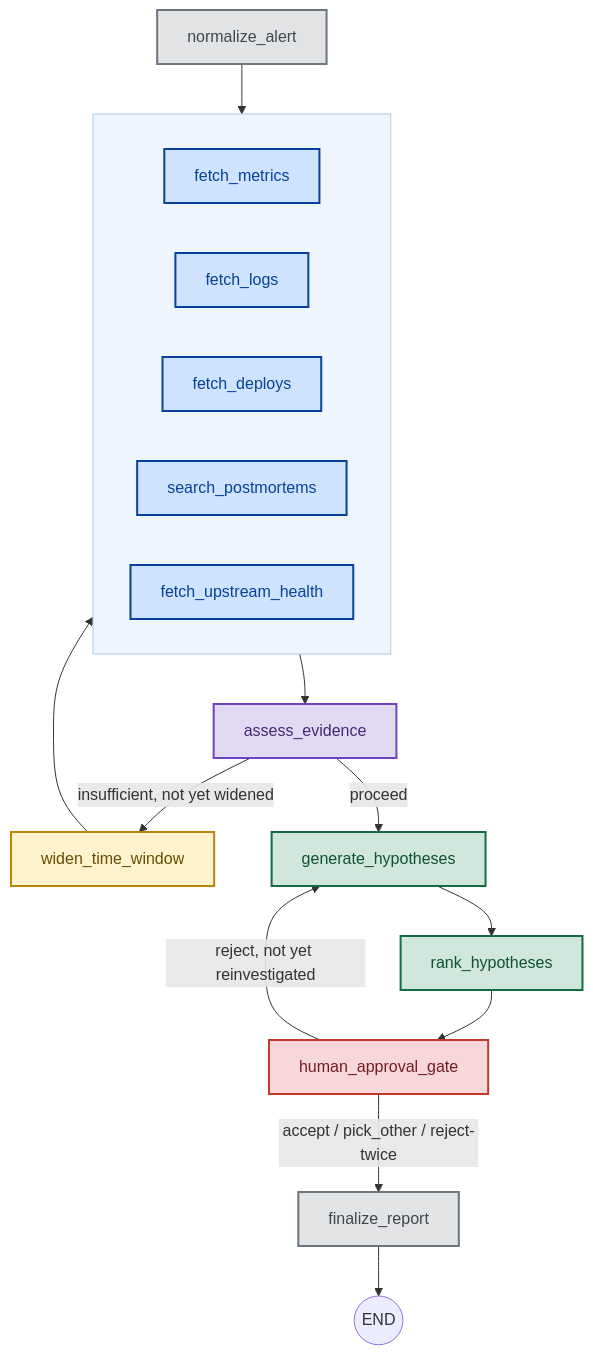
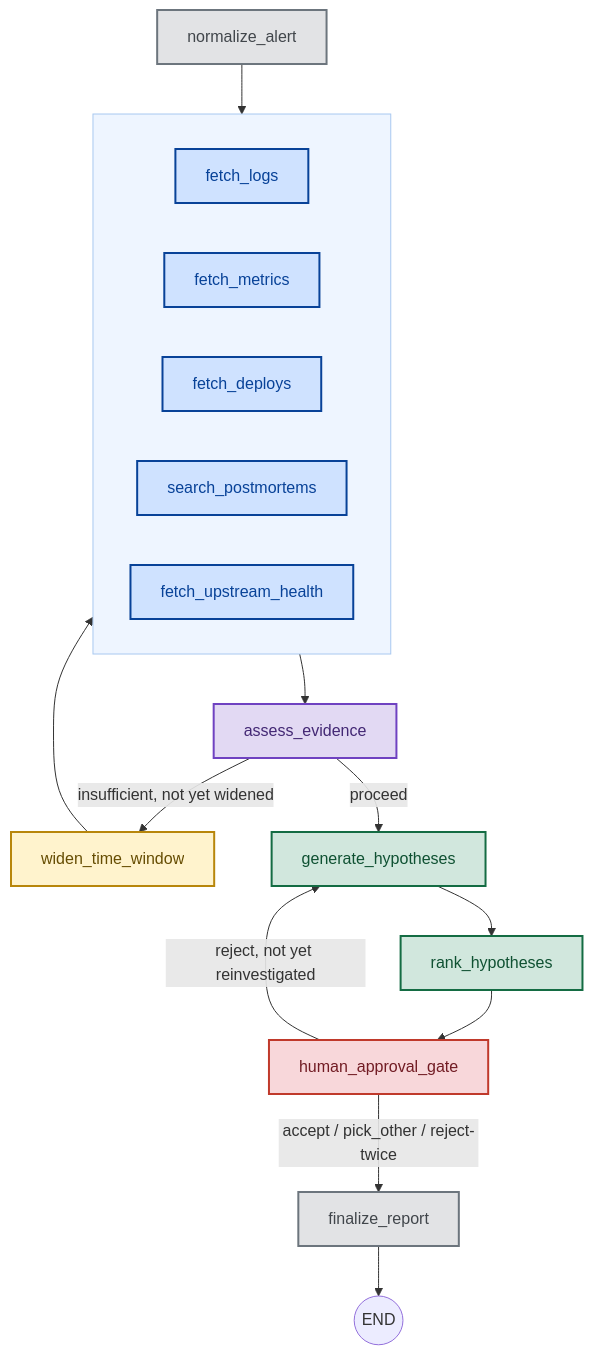
One commit to sankarchidam/triagegraph changed the diagram in README.md. Above: the diagram before and after it, drawn with Mermaid. The commit also changed other lines of this file, not shown here.

Commit message:
Reorder fetch_logs/fetch_metrics in the diagram's fanout group for better layout

````diff
--- a/README.md
+++ b/README.md
@@ -29,37 +29,37 @@
 ```mermaid
 flowchart TD
     normalize_alert --> fanout
 
     subgraph fanout[" "]
         direction LR
+        fetch_logs
         fetch_metrics
-        fetch_logs
         fetch_deploys
         search_postmortems
         fetch_upstream_health
     end
 
     fanout --> assess_evidence
     assess_evidence -- insufficient, not yet widened --> widen_time_window
     widen_time_window --> fanout
     assess_evidence -- proceed --> generate_hypotheses
     generate_hypotheses --> rank_hypotheses
     rank_hypotheses --> human_approval_gate
     human_approval_gate -- reject, not yet reinvestigated --> generate_hypotheses
     human_approval_gate -- accept / pick_other / reject-twice --> finalize_report
     finalize_report --> END((END))
 
     style normalize_alert fill:#e2e3e5,stroke:#6c757d,stroke-width:2px,color:#41464b
     style fetch_metrics fill:#cfe2ff,stroke:#084298,stroke-width:2px,color:#084298
     style fetch_logs fill:#cfe2ff,stroke:#084298,stroke-width:2px,color:#084298
     style fetch_deploys fill:#cfe2ff,stroke:#084298,stroke-width:2px,color:#084298
     style search_postmortems fill:#cfe2ff,stroke:#084298,stroke-width:2px,color:#084298
     style fetch_upstream_health fill:#cfe2ff,stroke:#084298,stroke-width:2px,color:#084298
     style fanout fill:#eef5ff,stroke:#a8c8f0,stroke-width:1px
     style assess_evidence fill:#e2d9f3,stroke:#6f42c1,stroke-width:2px,color:#432874
     style widen_time_window fill:#fff3cd,stroke:#b8860b,stroke-width:2px,color:#664d03
     style generate_hypotheses fill:#d1e7dd,stroke:#146c43,stroke-width:2px,color:#0f5132
     style rank_hypotheses fill:#d1e7dd,stroke:#146c43,stroke-width:2px,color:#0f5132
     style human_approval_gate fill:#f8d7da,stroke:#c0392b,stroke-width:2px,color:#721c24
     style finalize_report fill:#e2e3e5,stroke:#6c757d,stroke-width:2px,color:#41464b
 ```
````
